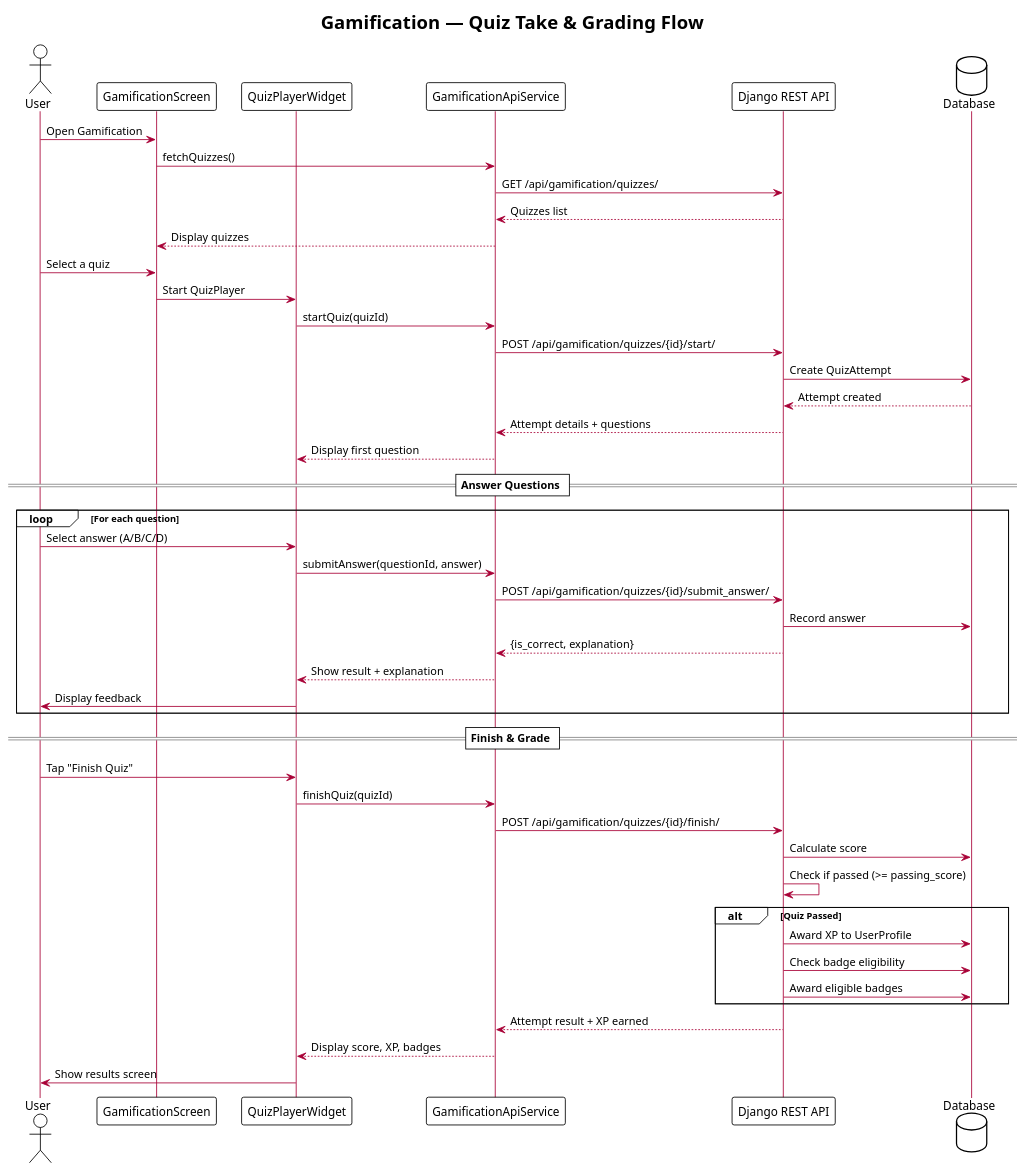
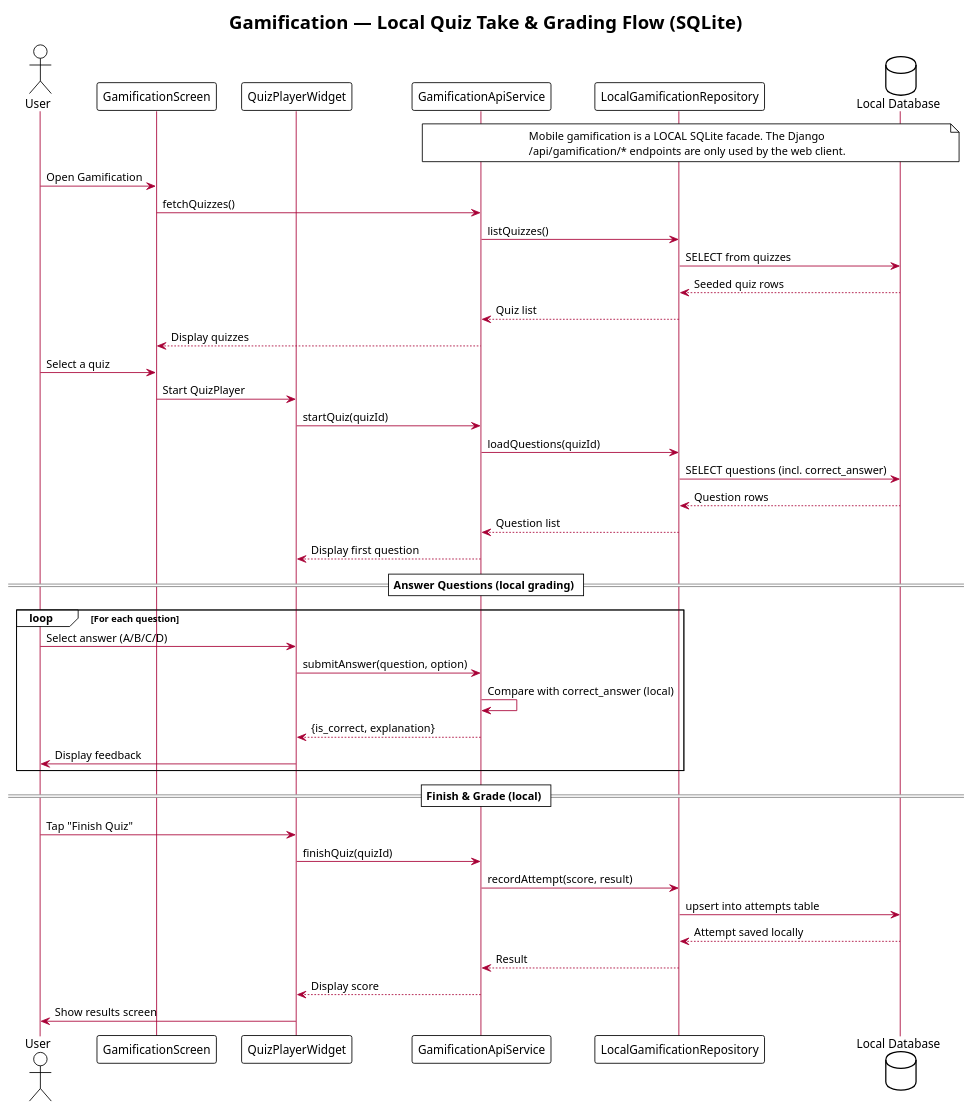
Before and after one commit to fabiljayson/Griot-2.0: the fourth of 6 diagrams in docs/diagrams/plantuml/04-sequence-diagram.puml, drawn with PlantUML. The commit also changed other lines of this file and 87 other files, not shown here.

```diff
--- a/docs/diagrams/plantuml/04-sequence-diagram.puml
+++ b/docs/diagrams/plantuml/04-sequence-diagram.puml
@@ -173,64 +193,62 @@
 @startuml Quiz Flow
 !theme plain
 skinparam sequence {
   BackgroundColor #FEFECE
   ArrowColor #A80036
   LifeLineBorderColor #A80036
 }
 
-title Gamification — Quiz Take & Grading Flow
+title Gamification — Local Quiz Take & Grading Flow (SQLite)
 
 actor User as U
 participant "GamificationScreen" as GS
 participant "QuizPlayerWidget" as QP
 participant "GamificationApiService" as GA
-participant "Django REST API" as API
-database "Database" as DB
+participant "LocalGamificationRepository" as LQ
+database "Local Database" as DB
+
+note over GA,DB
+  Mobile gamification is a LOCAL SQLite facade. The Django
+  /api/gamification/* endpoints are only used by the web client.
+end note
 
 U -> GS : Open Gamification
 GS -> GA : fetchQuizzes()
-GA -> API : GET /api/gamification/quizzes/
-API --> GA : Quizzes list
+GA -> LQ : listQuizzes()
+LQ -> DB : SELECT from quizzes
+DB --> LQ : Seeded quiz rows
+LQ --> GA : Quiz list
 GA --> GS : Display quizzes
 
 U -> GS : Select a quiz
 GS -> QP : Start QuizPlayer
 
 QP -> GA : startQuiz(quizId)
-GA -> API : POST /api/gamification/quizzes/{id}/start/
-API -> DB : Create QuizAttempt
-DB --> API : Attempt created
-API --> GA : Attempt details + questions
+GA -> LQ : loadQuestions(quizId)
+LQ -> DB : SELECT questions (incl. correct_answer)
+DB --> LQ : Question rows
+LQ --> GA : Question list
 GA --> QP : Display first question
 
-== Answer Questions ==
+== Answer Questions (local grading) ==
 
 loop For each question
   U -> QP : Select answer (A/B/C/D)
-  QP -> GA : submitAnswer(questionId, answer)
-  GA -> API : POST /api/gamification/quizzes/{id}/submit_answer/
-  API -> DB : Record answer
-  API --> GA : {is_correct, explanation}
-  GA --> QP : Show result + explanation
+  QP -> GA : submitAnswer(question, option)
+  GA -> GA : Compare with correct_answer (local)
+  GA --> QP : {is_correct, explanation}
   QP -> U : Display feedback
 end
 
-== Finish & Grade ==
+== Finish & Grade (local) ==
 
 U -> QP : Tap "Finish Quiz"
 QP -> GA : finishQuiz(quizId)
-GA -> API : POST /api/gamification/quizzes/{id}/finish/
-API -> DB : Calculate score
-API -> API : Check if passed (>= passing_score)
-
-alt Quiz Passed
-  API -> DB : Award XP to UserProfile
-  API -> DB : Check badge eligibility
-  API -> DB : Award eligible badges
-end
-
-API --> GA : Attempt result + XP earned
-GA --> QP : Display score, XP, badges
+GA -> LQ : recordAttempt(score, result)
+LQ -> DB : upsert into attempts table
+DB --> LQ : Attempt saved locally
+LQ --> GA : Result
+GA --> QP : Display score
 QP -> U : Show results screen
 
 @enduml
```
